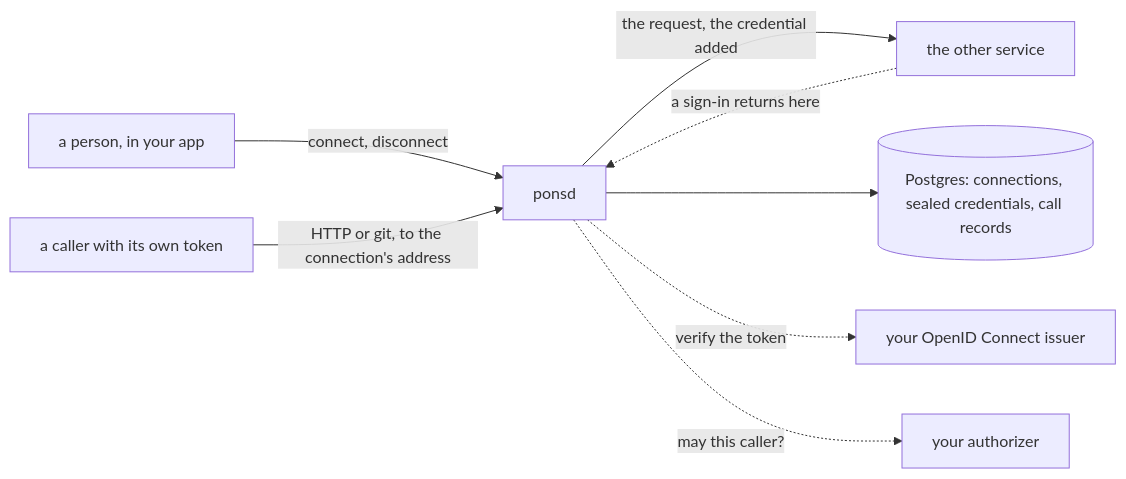
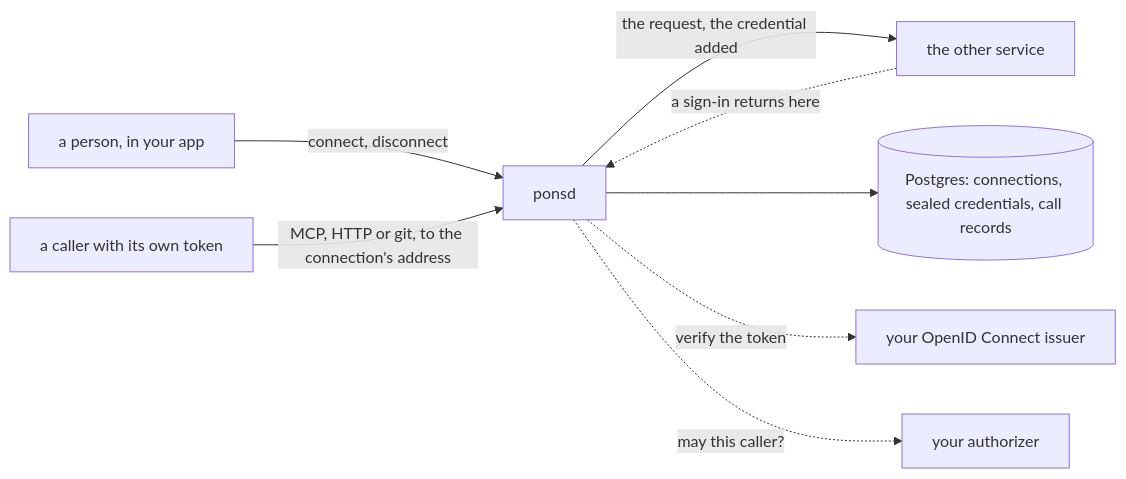
Before and after one commit to latere-ai/pons: the diagram in README.md, drawn with Mermaid. The commit also changed other lines of this file and 4 other files, not shown here.

Commit message:
docs: the mcp address, what pons reads of a message, what passes each way, and how a key of kind mcp is tried

````diff
--- a/README.md
+++ b/README.md
@@ -39,10 +39,10 @@
 ```mermaid
 flowchart LR
   person["a person, in your app"] -->|"connect, disconnect"| ponsd
-  caller["a caller with its own token"] -->|"HTTP or git, to the connection's address"| ponsd
+  caller["a caller with its own token"] -->|"MCP, HTTP or git, to the connection's address"| ponsd
   ponsd -->|"the request, the credential added"| service["the other service"]
   service -. "a sign-in returns here" .-> ponsd
   ponsd --> pg[("Postgres: connections, sealed credentials, call records")]
   ponsd -. "verify the token" .-> issuer["your OpenID Connect issuer"]
   ponsd -. "may this caller?" .-> authz["your authorizer"]
 ```
````
